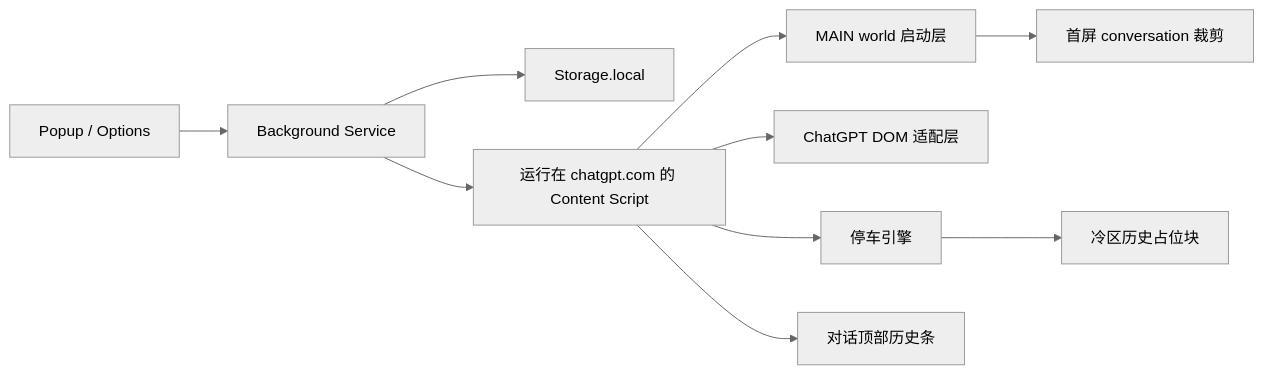
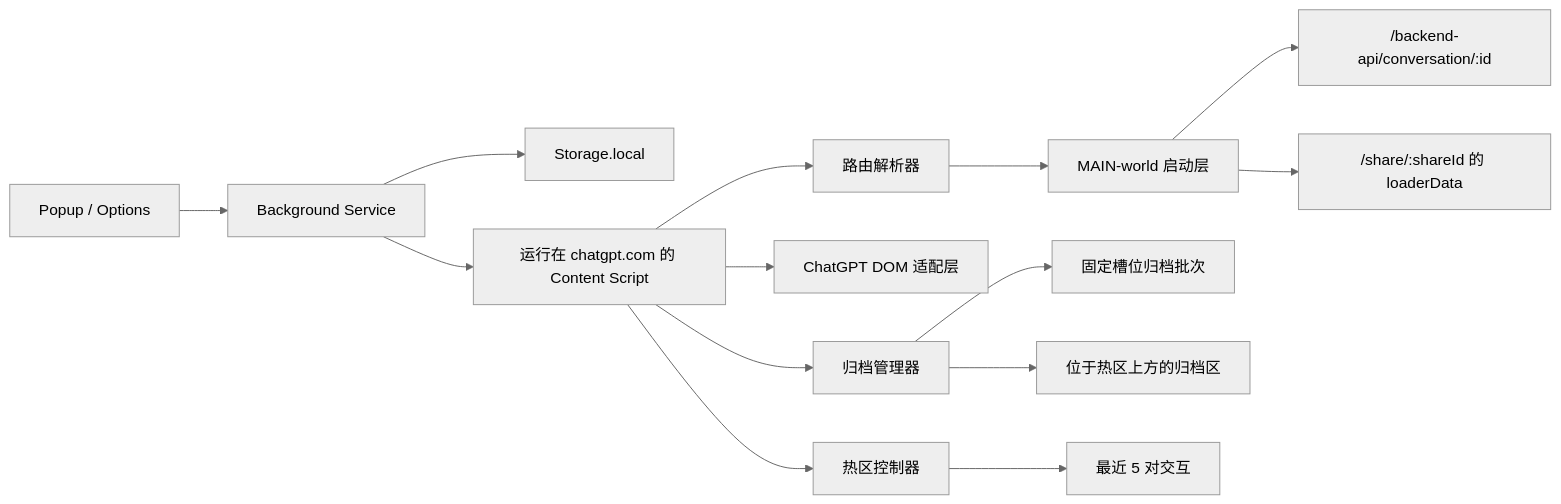
The diagram in docs/architecture.zh-CN.md (mo2g/ChatGPT-TurboRender), drawn with Mermaid (neutral theme) before and after one commit. The commit also changed other lines of this file and 1 other file, not shown here.

Commit message:
perf: update architecture.md

````diff
--- a/docs/architecture.zh-CN.md
+++ b/docs/architecture.zh-CN.md
@@ -37,12 +38,16 @@
 ```mermaid
 flowchart LR
   A["Popup / Options"] --> B["Background Service"]
   B --> C["Storage.local"]
   B --> D["运行在 chatgpt.com 的 Content Script"]
-  D --> E["MAIN world 启动层"]
+  D --> E["路由解析器"]
   D --> F["ChatGPT DOM 适配层"]
-  D --> G["停车引擎"]
-  D --> H["对话顶部历史条"]
-  E --> I["首屏 conversation 裁剪"]
-  G --> J["冷区历史占位块"]
+  D --> G["归档管理器"]
+  D --> H["热区控制器"]
+  E --> I["MAIN-world 启动层"]
+  I --> J["/backend-api/conversation/:id"]
+  I --> K["/share/:shareId 的 loaderData"]
+  G --> L["固定槽位归档批次"]
+  H --> M["最近 5 对交互"]
+  G --> N["位于热区上方的归档区"]
 ```
````
